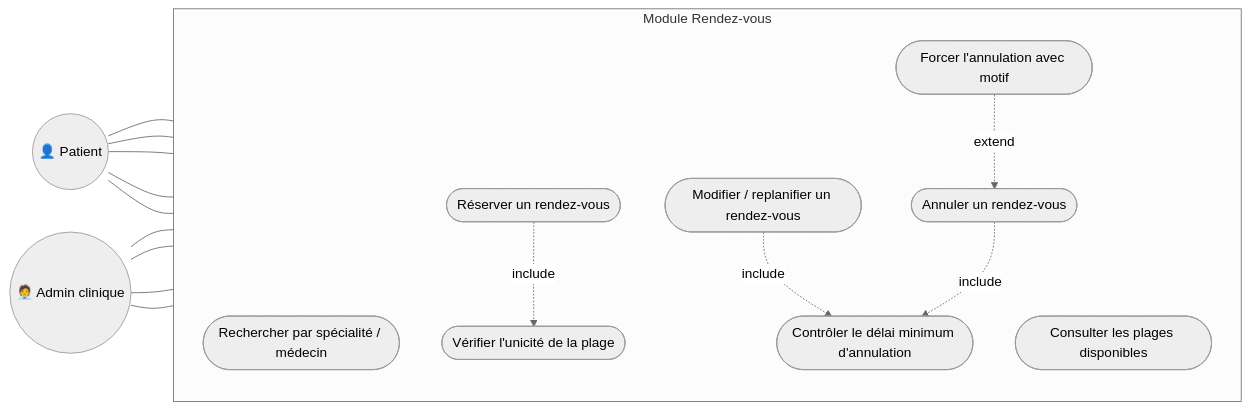
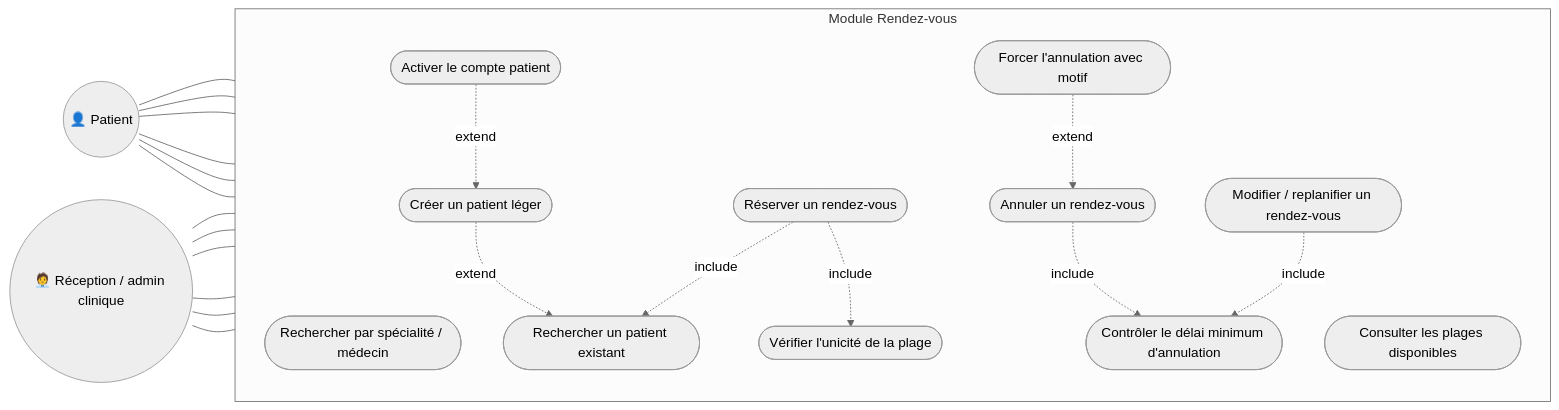
One commit to soultaka19/mediplan changed the diagram in docs/conception/cas-utilisation/uc-03-reservation-rdv.md. Above: the diagram before and after it, drawn with Mermaid (neutral theme). The commit also changed other lines of this file and 18 other files, not shown here.

````diff
--- a/docs/conception/cas-utilisation/uc-03-reservation-rdv.md
+++ b/docs/conception/cas-utilisation/uc-03-reservation-rdv.md
@@ -5,33 +5,42 @@
 ```mermaid
 flowchart LR
     Patient(("👤 Patient"))
-    Admin(("🧑‍💼 Admin clinique"))
+    Reception(("🧑‍💼 Réception / admin clinique"))
 
     subgraph Resa["Module Rendez-vous"]
         direction TB
         UC1(["Rechercher par spécialité / médecin"])
         UC2(["Consulter les plages disponibles"])
         UC3(["Réserver un rendez-vous"])
         UC4(["Modifier / replanifier un rendez-vous"])
         UC5(["Annuler un rendez-vous"])
         UC6(["Vérifier l'unicité de la plage"])
         UC7(["Contrôler le délai minimum d'annulation"])
         UC8(["Forcer l'annulation avec motif"])
+        UC9(["Rechercher un patient existant"])
+        UC10(["Créer un patient léger"])
+        UC11(["Activer le compte patient"])
     end
 
     Patient --- UC1
     Patient --- UC2
     Patient --- UC3
     Patient --- UC4
     Patient --- UC5
+    Patient --- UC11
 
-    Admin --- UC3
-    Admin --- UC4
-    Admin --- UC5
-    Admin --- UC8
+    Reception --- UC3
+    Reception --- UC4
+    Reception --- UC5
+    Reception --- UC8
+    Reception --- UC9
+    Reception --- UC10
 
+    UC3 -. include .-> UC9
     UC3 -. include .-> UC6
+    UC10 -. extend .-> UC9
     UC4 -. include .-> UC7
     UC5 -. include .-> UC7
     UC8 -. extend .-> UC5
+    UC11 -. extend .-> UC10
 ```
````
